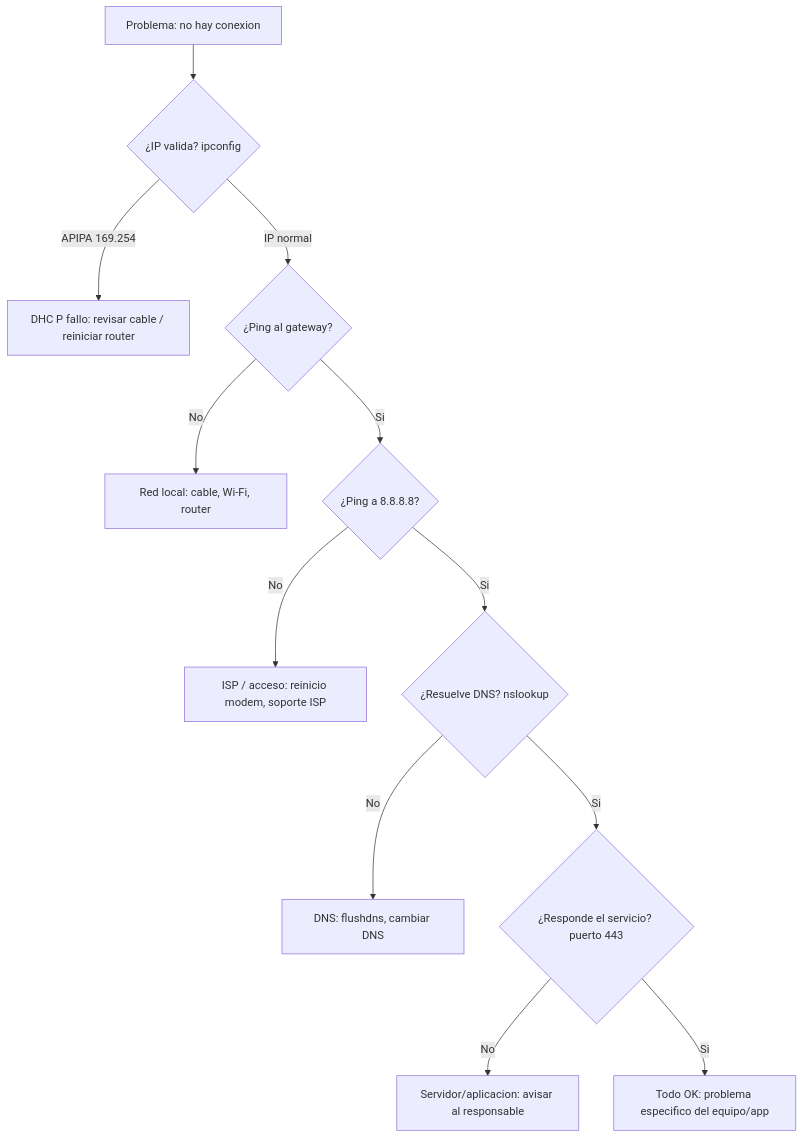
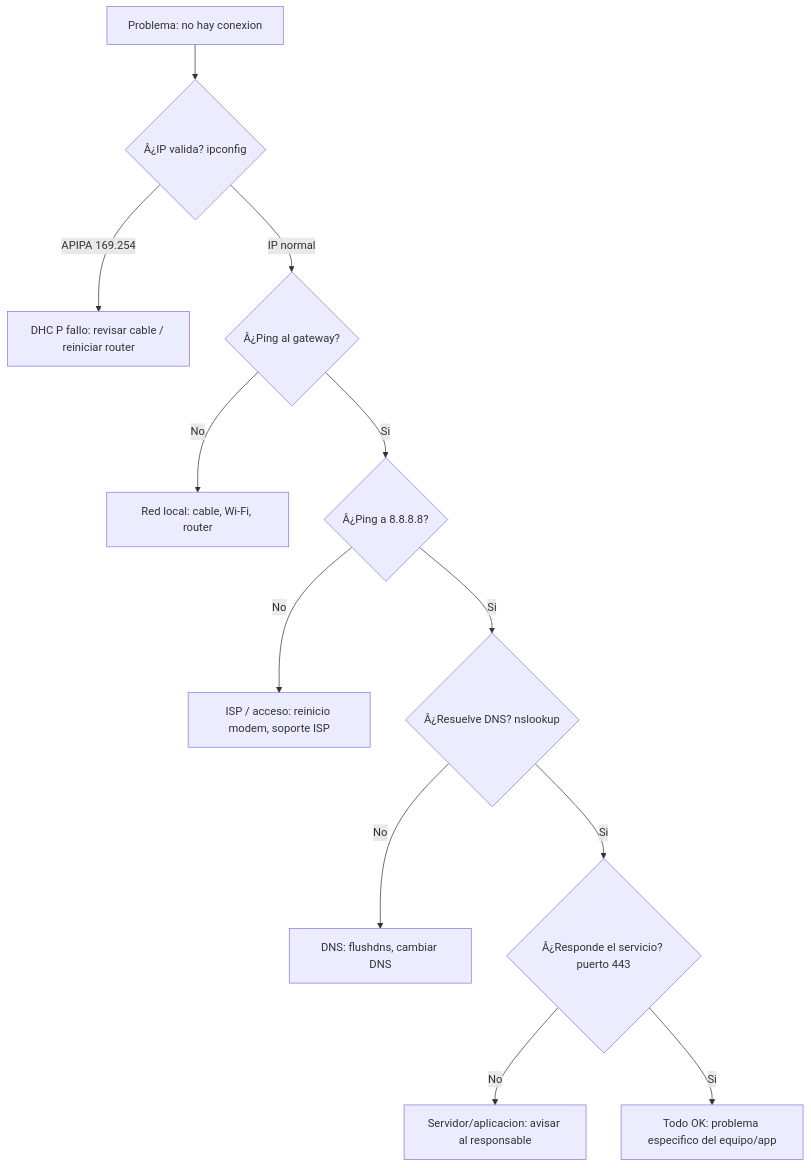
One commit to DiegoAlejandroSaenzFalcon/Soporte-TI-Portafolio changed the diagram in guia-google-it-support/curso-02-redes-de-computadoras/0206-modulo-6-troubleshooting-y-futuro-de-las-redes.md. Above: the diagram before and after it, drawn with Mermaid. The commit also changed other lines of this file and 12 other files, not shown here.

Commit message:
Diagramas movidos a la carpeta diagramas/ de cada curso (referencias actualizadas)

````diff
--- a/guia-google-it-support/curso-02-redes-de-computadoras/0206-modulo-6-troubleshooting-y-futuro-de-las-redes.md
+++ b/guia-google-it-support/curso-02-redes-de-computadoras/0206-modulo-6-troubleshooting-y-futuro-de-las-redes.md
@@ -29,14 +29,14 @@
 ```mermaid
 flowchart TD
-    A[Problema: no hay conexion] --> B{¿IP valida? ipconfig}
+    A[Problema: no hay conexion] --> B{Â¿IP valida? ipconfig}
     B -- APIPA 169.254 --> C[DHC P fallo: revisar cable / reiniciar router]
-    B -- IP normal --> D{¿Ping al gateway?}
+    B -- IP normal --> D{Â¿Ping al gateway?}
     D -- No --> E[Red local: cable, Wi-Fi, router]
-    D -- Si --> F{¿Ping a 8.8.8.8?}
+    D -- Si --> F{Â¿Ping a 8.8.8.8?}
     F -- No --> G[ISP / acceso: reinicio modem, soporte ISP]
-    F -- Si --> H{¿Resuelve DNS? nslookup}
+    F -- Si --> H{Â¿Resuelve DNS? nslookup}
     H -- No --> I[DNS: flushdns, cambiar DNS]
-    H -- Si --> J{¿Responde el servicio? puerto 443}
+    H -- Si --> J{Â¿Responde el servicio? puerto 443}
     J -- No --> K[Servidor/aplicacion: avisar al responsable]
     J -- Si --> L[Todo OK: problema especifico del equipo/app]
 ```
````
